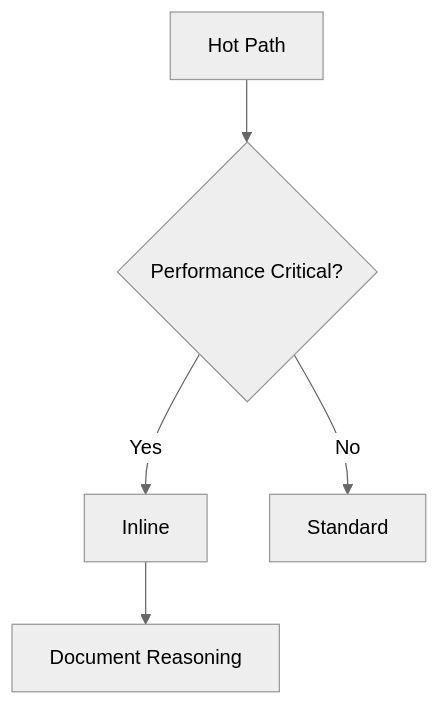
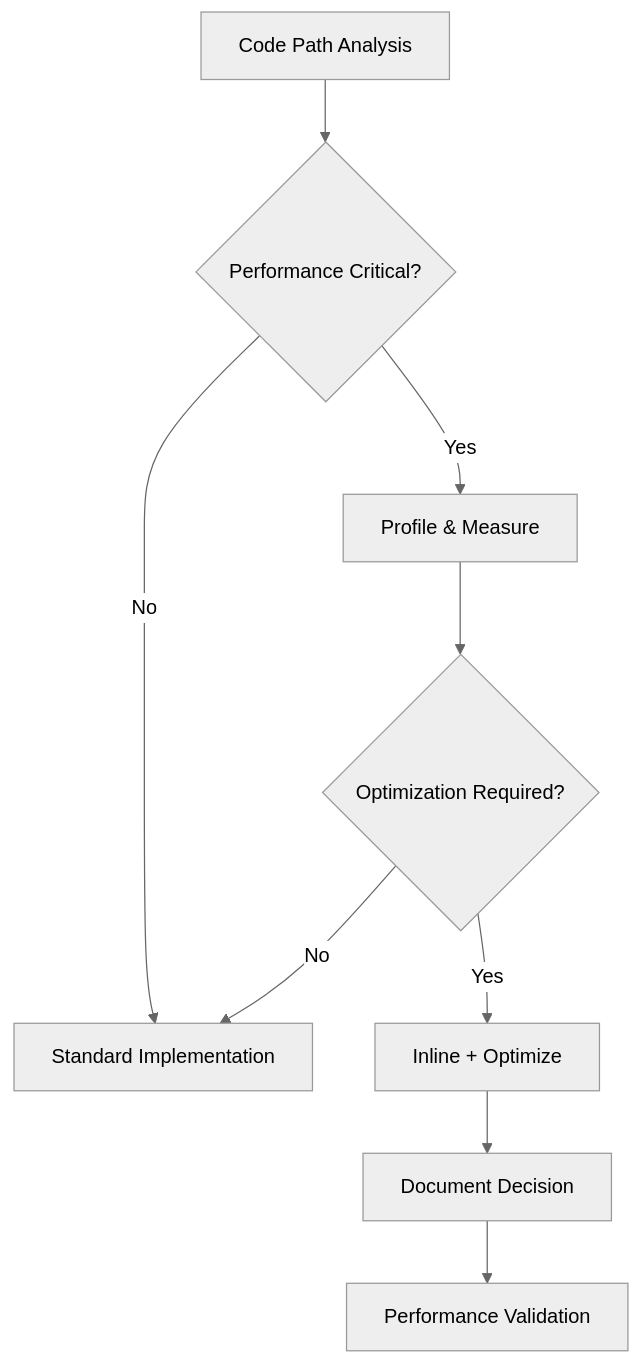
Before and after one commit to ariargenta/yashima-engine: the first of 4 diagrams in docs/design/technical-design.md, drawn with Mermaid (neutral theme). The commit also changed other lines of this file, not shown here.

Commit message:
perf: technical design

````diff
--- a/docs/design/technical-design.md
+++ b/docs/design/technical-design.md
@@ -277,7 +276,11 @@
 ```mermaid
 graph TD
-    A[Hot Path] --> B{Performance Critical?}
-    B -->|Yes| C[Inline]
-    B -->|No| D[Standard]
-    C --> E[Document Reasoning]
+    A[Code Path Analysis] --> B{Performance Critical?}
+    B -->|Yes| C[Profile & Measure]
+    B -->|No| D[Standard Implementation]
+    C --> E{Optimization Required?}
+    E -->|Yes| F[Inline + Optimize]
+    E -->|No| D
+    F --> G[Document Decision]
+    G --> H[Performance Validation]
 ```
````
